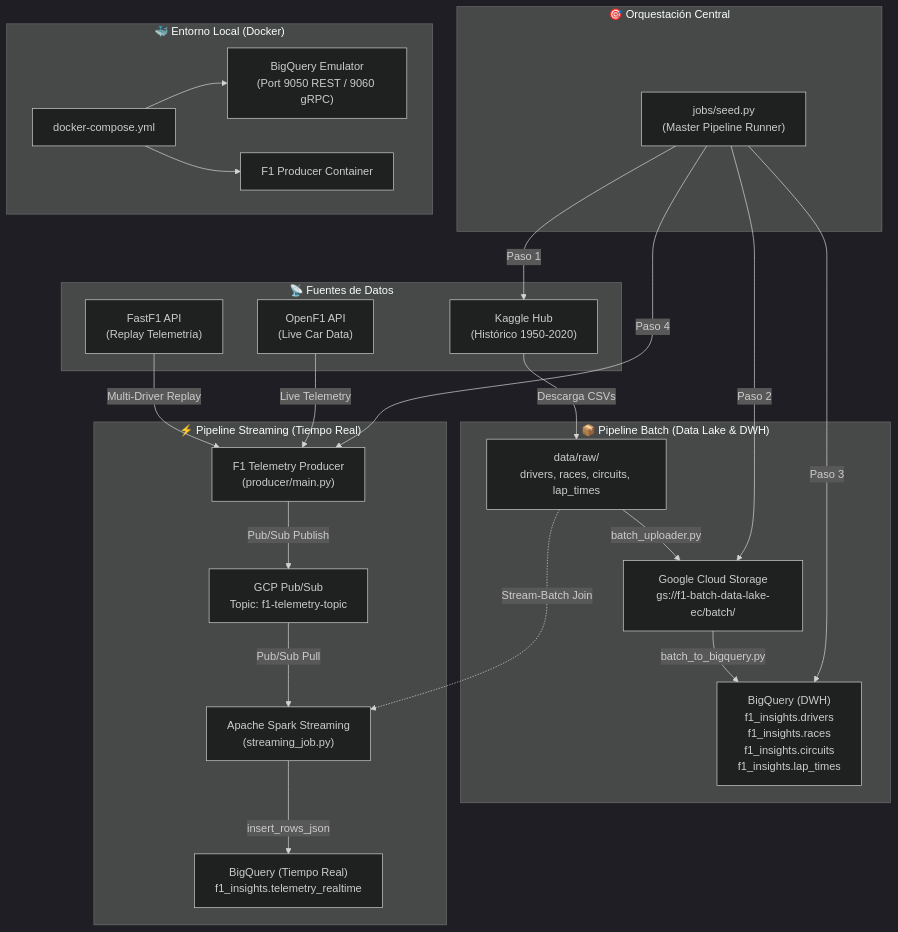
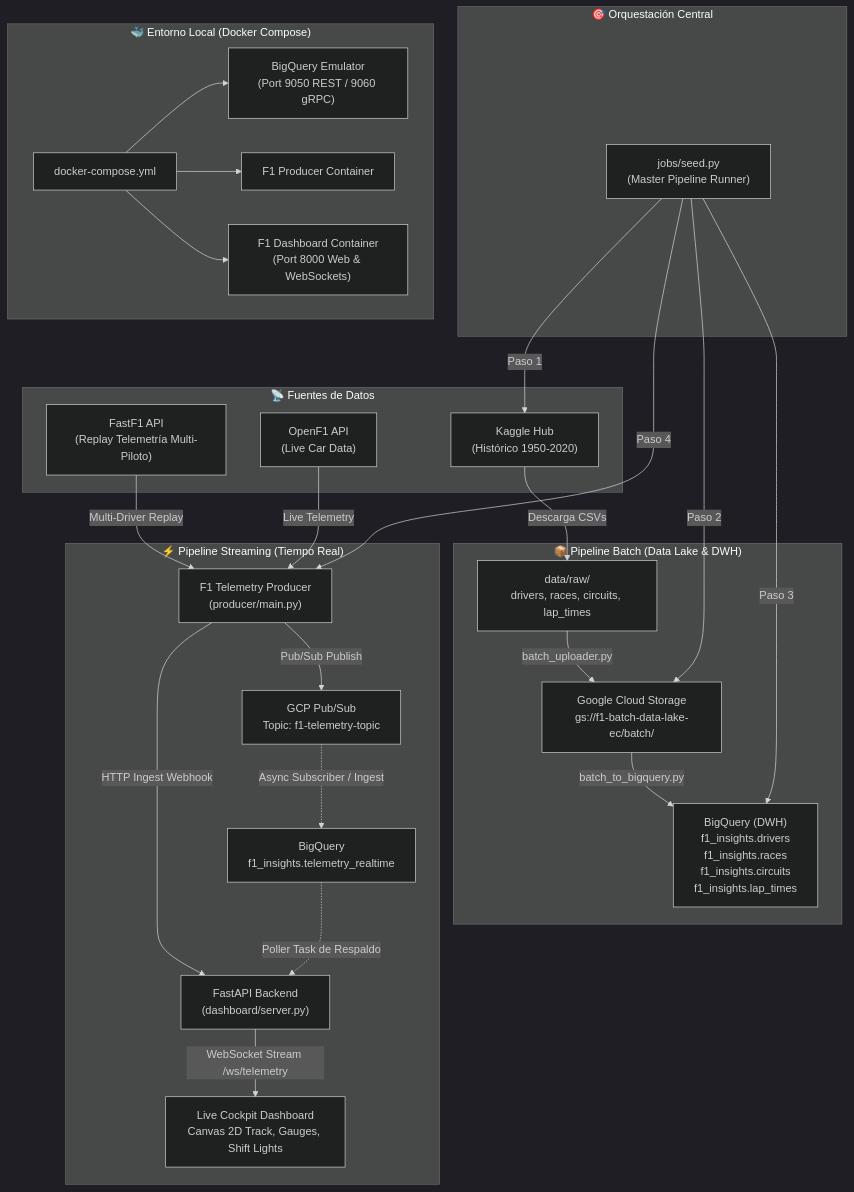
The diagram in README.md (NicoCarrion02/f1-telemetry-pipeline), drawn with Mermaid (dark theme) before and after one commit. The commit also changed other lines of this file and 2 other files, not shown here.

````diff
--- a/README.md
+++ b/README.md
@@ -9,37 +9,39 @@
 ```mermaid
 flowchart TD
     subgraph Fuentes ["📡 Fuentes de Datos"]
         Kaggle["Kaggle Hub<br>(Histórico 1950-2020)"]
-        FastF1["FastF1 API<br>(Replay Telemetría)"]
+        FastF1["FastF1 API<br>(Replay Telemetría Multi-Piloto)"]
         OpenF1["OpenF1 API<br>(Live Car Data)"]
     end
 
     subgraph BatchPipeline ["📦 Pipeline Batch (Data Lake & DWH)"]
         Kaggle -->|Descarga CSVs| LocalRaw["data/raw/<br>drivers, races, circuits, lap_times"]
         LocalRaw -->|batch_uploader.py| GCS["Google Cloud Storage<br>gs://f1-batch-data-lake-ec/batch/"]
         GCS -->|batch_to_bigquery.py| BQ_Batch["BigQuery (DWH)<br>f1_insights.drivers<br>f1_insights.races<br>f1_insights.circuits<br>f1_insights.lap_times"]
     end
 
     subgraph StreamPipeline ["⚡ Pipeline Streaming (Tiempo Real)"]
         FastF1 -->|Multi-Driver Replay| Producer["F1 Telemetry Producer<br>(producer/main.py)"]
         OpenF1 -->|Live Telemetry| Producer
         Producer -->|Pub/Sub Publish| PubSub["GCP Pub/Sub<br>Topic: f1-telemetry-topic"]
-        PubSub -->|Pub/Sub Pull| Spark["Apache Spark Streaming<br>(streaming_job.py)"]
-        LocalRaw -.->|Stream-Batch Join| Spark
-        Spark -->|insert_rows_json| BQ_Realtime["BigQuery (Tiempo Real)<br>f1_insights.telemetry_realtime"]
+        Producer -->|HTTP Ingest Webhook| DashboardServer["FastAPI Backend<br>(dashboard/server.py)"]
+        PubSub -.->|Async Subscriber / Ingest| BQ_Realtime["BigQuery<br>f1_insights.telemetry_realtime"]
+        BQ_Realtime -.->|Poller Task de Respaldo| DashboardServer
+        DashboardServer -->|WebSocket Stream /ws/telemetry| CockpitUI["Live Cockpit Dashboard<br>Canvas 2D Track, Gauges, Shift Lights"]
     end
 
     subgraph Orquestacion ["🎯 Orquestación Central"]
         Seed["jobs/seed.py<br>(Master Pipeline Runner)"]
         Seed -->|Paso 1| Kaggle
         Seed -->|Paso 2| GCS
         Seed -->|Paso 3| BQ_Batch
         Seed -->|Paso 4| Producer
     end
 
-    subgraph LocalStack ["🐳 Entorno Local (Docker)"]
+    subgraph LocalStack ["🐳 Entorno Local (Docker Compose)"]
         DockerCompose["docker-compose.yml"]
         DockerCompose --> BQ_Emu["BigQuery Emulator<br>(Port 9050 REST / 9060 gRPC)"]
         DockerCompose --> ProducerContainer["F1 Producer Container"]
+        DockerCompose --> DashboardContainer["F1 Dashboard Container<br>(Port 8000 Web & WebSockets)"]
     end
 ```
````
